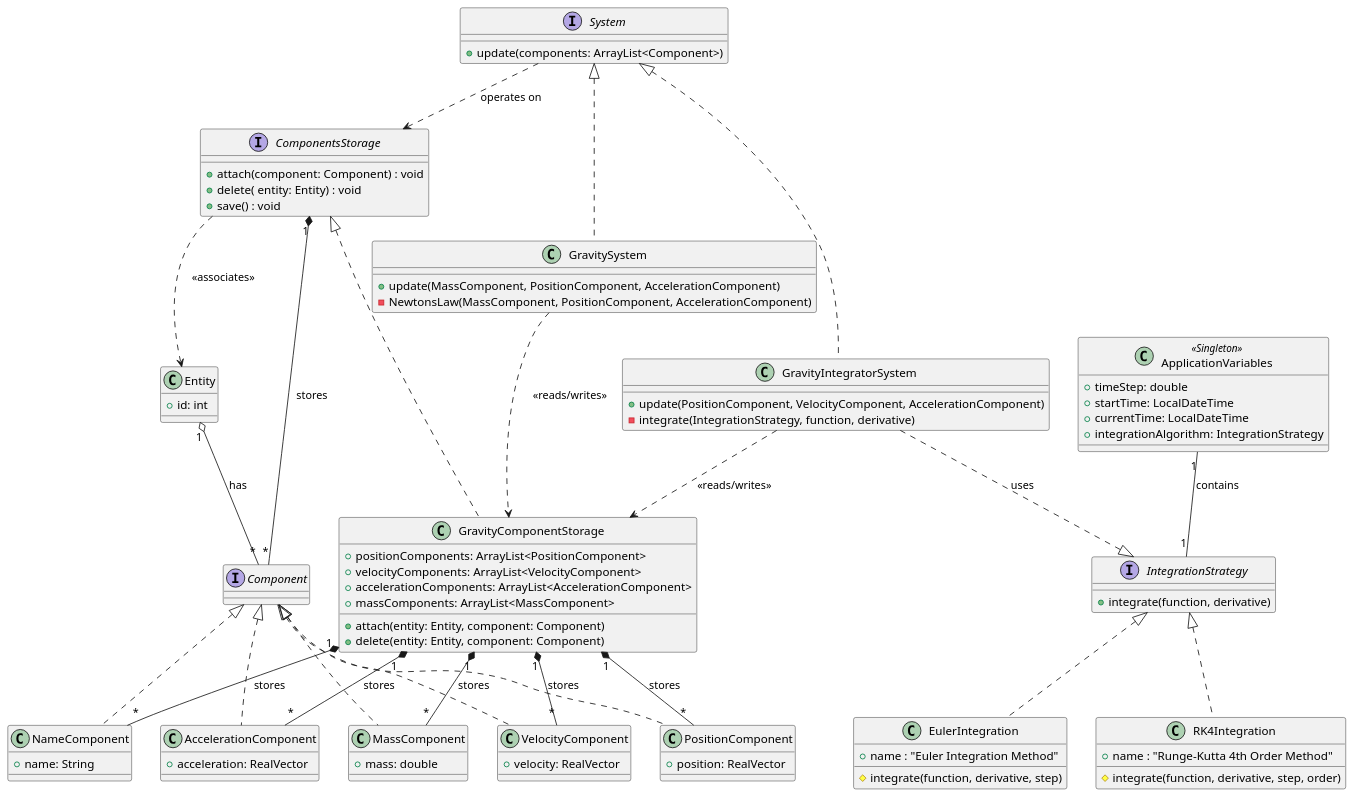
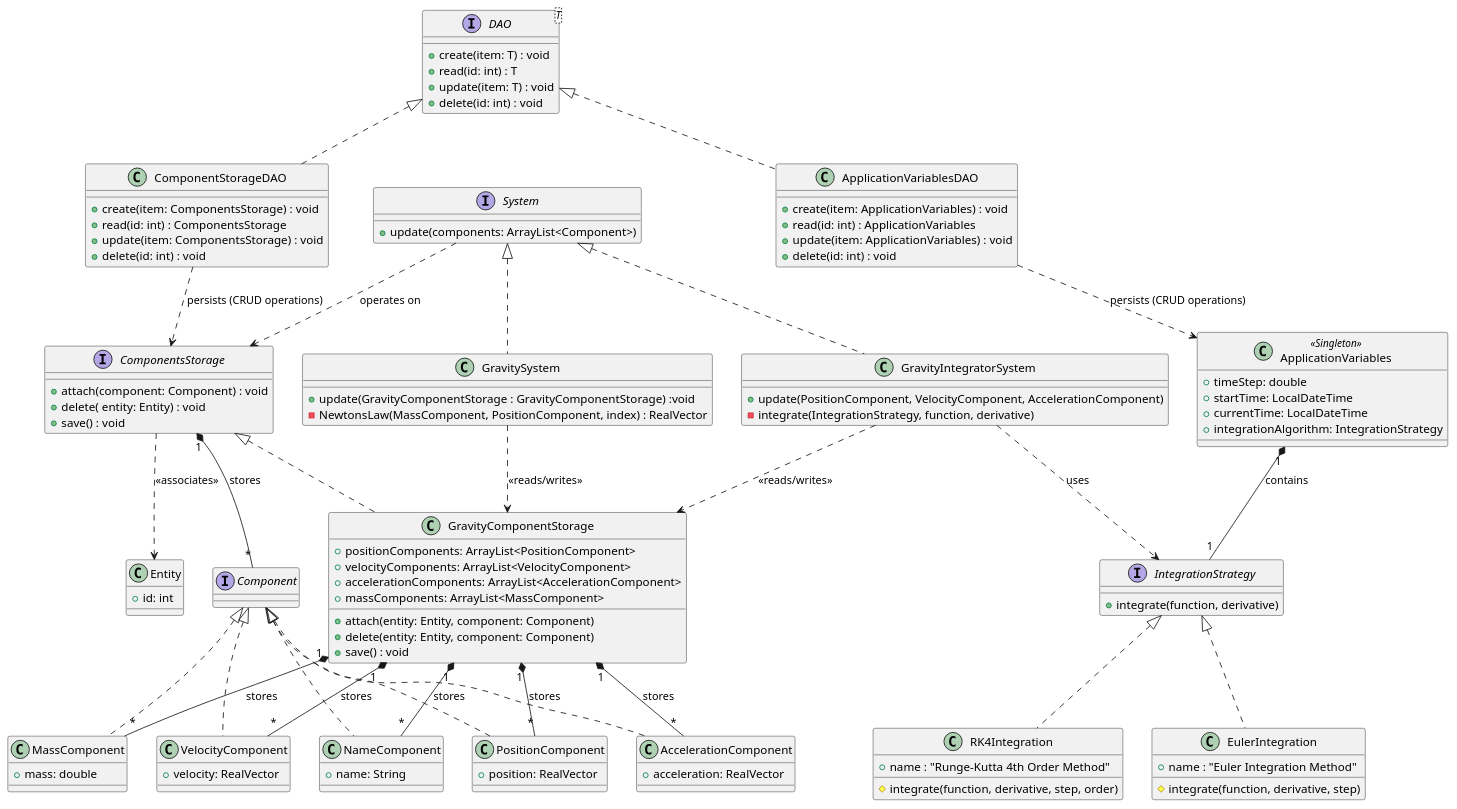
One commit to Pela98/GravSim changed the diagram in UML/ModelUML.puml. Above: the diagram before and after it, drawn with PlantUML.

Commit message:
Enhance UML model with DAO pattern and update GravitySystem methods

```diff
--- a/UML/ModelUML.puml
+++ b/UML/ModelUML.puml
@@ -1,121 +1,146 @@
 @startuml ECS_Pattern
 
 ' Entity-Component-System UML Structure for Java
 
 'RealVector in apache commons math4
 'https://commons.apache.org/proper/commons-math/javadocs/api-4.0/org/apache/commons/math4/linear/RealVector.html
 'ArrayList in java.util
 'https://docs.oracle.com/en/java/javase/11/docs/api/java.base/java/util/ArrayList.html
 'Integration methods in apache commons math4
 'https://commons.apache.org/proper/commons-math/commons-math-docs/apidocs/org/apache/commons/math4/legacy/ode/nonstiff/package-summary.html-
 
 'LocalDateTime in java.time
 'https://docs.oracle.com/en/java/javase/11/docs/api/java.base/java/time/LocalDateTime.html
 
 '------ECS BASE-------
 class Entity {
     +id: int
 }
 
 interface Component {
 }
 
 interface System {
     +update(components: ArrayList<Component>)
 }
 '------Strategia orientata ai Dati------
 
 interface ComponentsStorage {
     +attach(component: Component) : void
     +delete( entity: Entity) : void
     +save() : void
     }
 'usare singleton pattern in Java per implementare questa classe 
 class GravityComponentStorage implements ComponentsStorage {
     +positionComponents: ArrayList<PositionComponent>
     +velocityComponents: ArrayList<VelocityComponent>
     +accelerationComponents: ArrayList<AccelerationComponent>
     +massComponents: ArrayList<MassComponent>
     +attach(entity: Entity, component: Component)
     +delete(entity: Entity, component: Component)
+    +save() : void
 
 }
 
 '---------Components (Dati)----------
 class PositionComponent implements Component {
     +position: RealVector 
 }
 
 class VelocityComponent implements Component {
     +velocity: RealVector
 }
 
 class AccelerationComponent implements Component {
     +acceleration: RealVector
 }
 
 class NameComponent implements Component {
     +name: String
 }
 
 class MassComponent implements Component {
     +mass: double
 }
 
 
 '-------"Variabili Globali"-------
 'Usare Singleton pattern in Java per implementare questa classe
 class ApplicationVariables <<Singleton>> {
     +timeStep: double 
     +startTime: LocalDateTime
     +currentTime: LocalDateTime
     +integrationAlgorithm: IntegrationStrategy
 }
 
 '-----------Systems (Logica)--------------
 class GravitySystem implements System {
-    +update(MassComponent, PositionComponent, AccelerationComponent)
-    -NewtonsLaw(MassComponent, PositionComponent, AccelerationComponent)
+
+    +update(GravityComponentStorage : GravityComponentStorage) :void
+    -NewtonsLaw(MassComponent, PositionComponent, index) : RealVector
 }
 class GravityIntegratorSystem implements System {
     +update(PositionComponent, VelocityComponent, AccelerationComponent)
     -integrate(IntegrationStrategy, function, derivative)
 }
 
 '-----Associazioni e Composizioni-----
-Entity "1" o-- "*" Component : has
+
 ComponentsStorage "1" *-- "*" Component : stores
 System  ..> ComponentsStorage : operates on
 ComponentsStorage ..> Entity : <<associates>>
 GravityComponentStorage "1" *-- "*" PositionComponent : stores
 GravityComponentStorage "1" *-- "*" VelocityComponent : stores
 GravityComponentStorage "1" *-- "*" AccelerationComponent : stores
 GravityComponentStorage "1" *-- "*" MassComponent : stores
 GravityComponentStorage "1" *-- "*" NameComponent : stores
-ApplicationVariables "1" -- "1" IntegrationStrategy : contains
+ApplicationVariables "1" *-- "1" IntegrationStrategy : contains
 '-----Relazioni di Flusso dei Dati------
 
 
 
 
 GravitySystem ..> GravityComponentStorage : <<reads/writes>>
 GravityIntegratorSystem ..> GravityComponentStorage : <<reads/writes>>
 
 
 '-----Strategy per Integratore------
 interface IntegrationStrategy {
     +integrate(function, derivative)
 }
-GravityIntegratorSystem ..|> IntegrationStrategy : uses
+GravityIntegratorSystem ..> IntegrationStrategy : uses
 
 class EulerIntegration implements IntegrationStrategy {
     #integrate(function, derivative, step)
     + name : "Euler Integration Method"
 }
 class RK4Integration implements IntegrationStrategy {
     #integrate(function, derivative, step, order)
     + name : "Runge-Kutta 4th Order Method"
 }
+'-----DAO Pattern for Persistence------
+interface DAO<T> {
+    +create(item: T) : void
+    +read(id: int) : T
+    +update(item: T) : void
+    +delete(id: int) : void
+}
 
+class ComponentStorageDAO implements DAO<ComponentsStorage> {
+    +create(item: ComponentsStorage) : void
+    +read(id: int) : ComponentsStorage
+    +update(item: ComponentsStorage) : void
+    +delete(id: int) : void
+}
+
+class ApplicationVariablesDAO implements DAO<ApplicationVariables> {
+    +create(item: ApplicationVariables) : void
+    +read(id: int) : ApplicationVariables
+    +update(item: ApplicationVariables) : void
+    +delete(id: int) : void
+}
+
+ComponentStorageDAO ..> ComponentsStorage : persists (CRUD operations)
+ApplicationVariablesDAO ..> ApplicationVariables : persists (CRUD operations)
 
 @enduml
```
